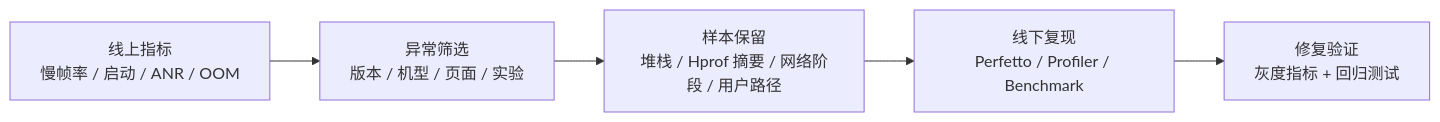
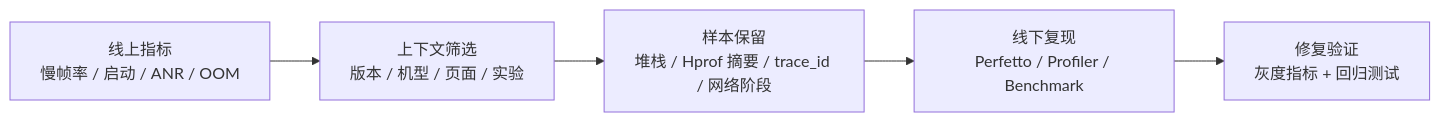
The diagram in src/part3-tools/ch19-apm/01-apm-landscape.md (Gracker/android-internals-wiki), drawn with Mermaid before and after one commit. The commit also changed other lines of this file and 3 other files, not shown here.

````diff
--- a/src/part3-tools/ch19-apm/01-apm-landscape.md
+++ b/src/part3-tools/ch19-apm/01-apm-landscape.md
@@ -193,7 +201,7 @@
 ```mermaid
 flowchart LR
-    A["线上指标\n慢帧率 / 启动 / ANR / OOM"] --> B["异常筛选\n版本 / 机型 / 页面 / 实验"]
-    B --> C["样本保留\n堆栈 / Hprof 摘要 / 网络阶段 / 用户路径"]
+    A["线上指标\n慢帧率 / 启动 / ANR / OOM"] --> B["上下文筛选\n版本 / 机型 / 页面 / 实验"]
+    B --> C["样本保留\n堆栈 / Hprof 摘要 / trace_id / 网络阶段"]
     C --> D["线下复现\nPerfetto / Profiler / Benchmark"]
     D --> E["修复验证\n灰度指标 + 回归测试"]
 ```
````
